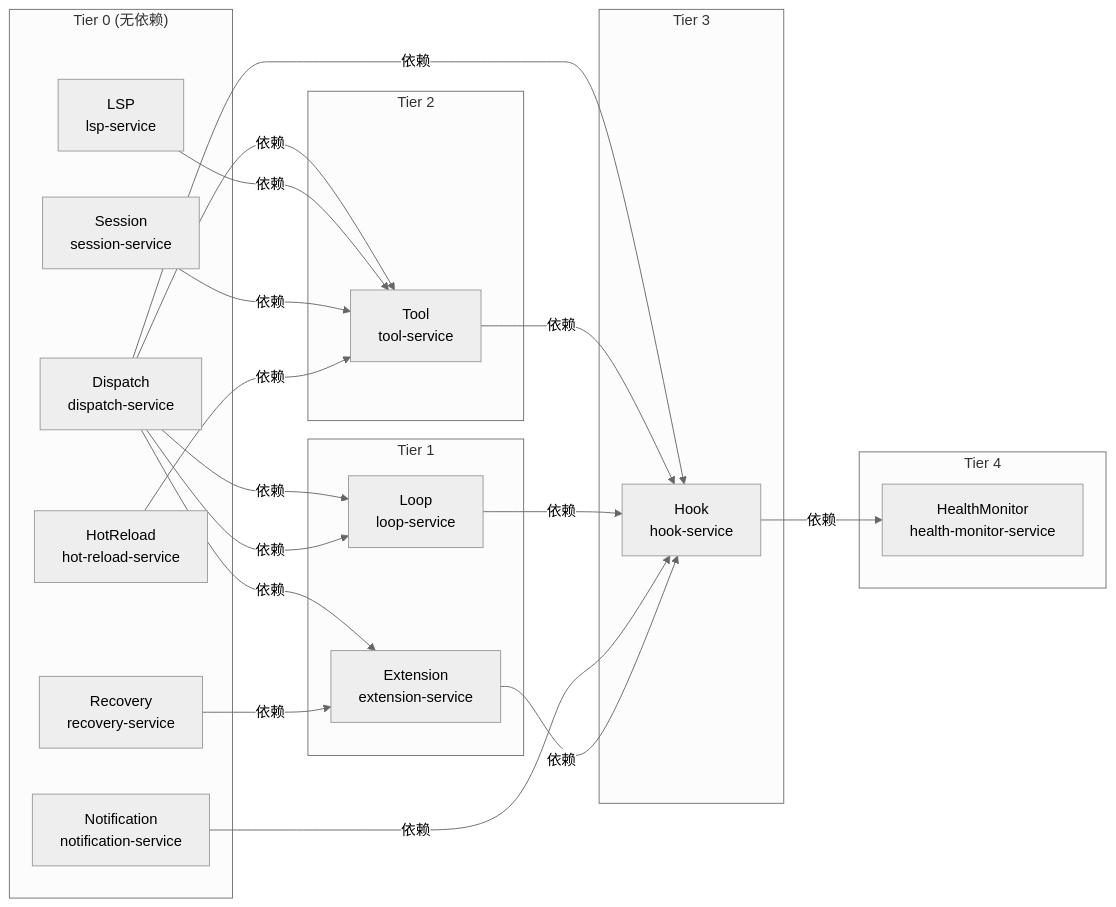
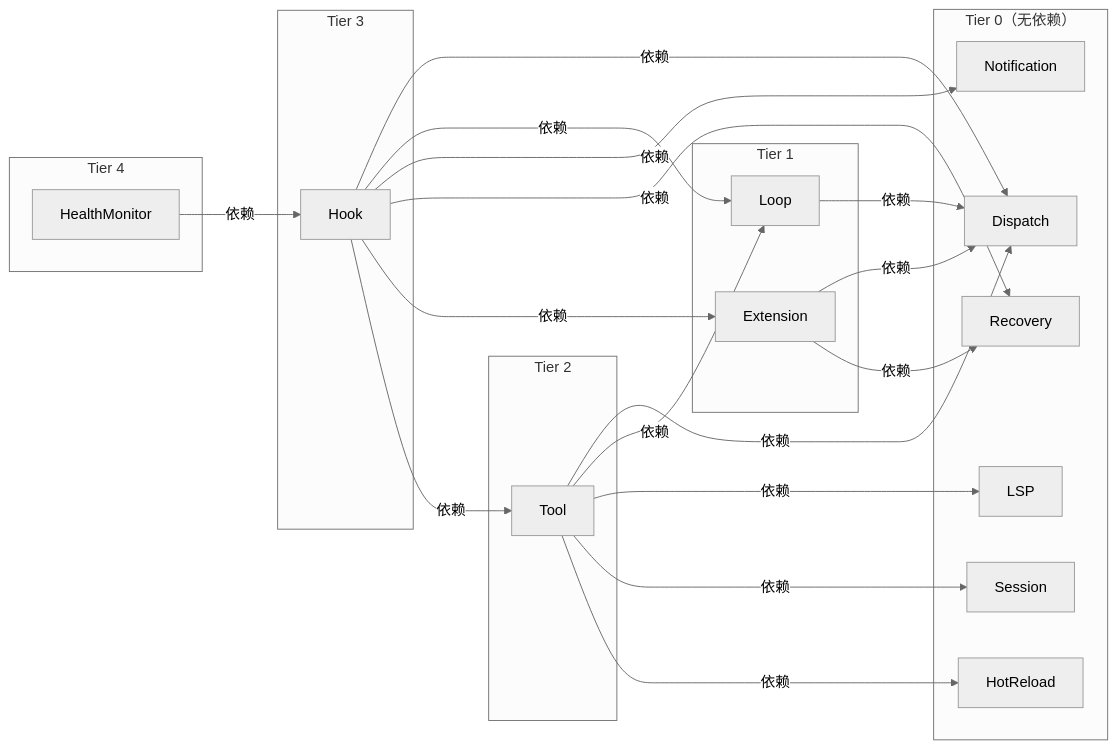
Before and after one commit to EricMoin/rolebox-docs: the second of 4 diagrams in docs/01-Overview/service-architecture.md, drawn with Mermaid (neutral theme). The commit also changed other lines of this file and 62 other files, not shown here.

````diff
--- a/docs/01-Overview/service-architecture.md
+++ b/docs/01-Overview/service-architecture.md
@@ -62,43 +75,44 @@
 ```mermaid
 graph LR
-    subgraph Tier0["Tier 0 (无依赖)"]
-        HR[HotReload<br/>hot-reload-service]
-        DS[Dispatch<br/>dispatch-service]
-        LSP[LSP<br/>lsp-service]
-        NS[Notification<br/>notification-service]
-        SSVC[Session<br/>session-service]
-        RS[Recovery<br/>recovery-service]
+    subgraph Tier0["Tier 0（无依赖）"]
+        HR[HotReload]
+        DS[Dispatch]
+        LSP[LSP]
+        NS[Notification]
+        SSVC[Session]
+        RS[Recovery]
     end
 
     subgraph Tier1["Tier 1"]
-        LS[Loop<br/>loop-service]
-        ES[Extension<br/>extension-service]
+        LS[Loop]
+        ES[Extension]
     end
 
     subgraph Tier2["Tier 2"]
-        TS[Tool<br/>tool-service]
+        TS[Tool]
     end
 
     subgraph Tier3["Tier 3"]
-        HS[Hook<br/>hook-service]
+        HS[Hook]
     end
 
     subgraph Tier4["Tier 4"]
-        HMS[HealthMonitor<br/>health-monitor-service]
+        HMS[HealthMonitor]
     end
 
-    DS -->|依赖| LS
-    DS -->|依赖| ES
-    DS -->|依赖| TS
-    DS -->|依赖| HS
-    LSP -->|依赖| TS
-    SSVC -->|依赖| TS
-    HR -->|依赖| TS
-    RS -->|依赖| ES
-    DS -->|依赖| LS
-    TS -->|依赖| HS
-    LS -->|依赖| HS
-    NS -->|依赖| HS
-    ES -->|依赖| HS
-    HS -->|依赖| HMS
+    LS -->|依赖| DS
+    ES -->|依赖| DS
+    ES -->|依赖| RS
+    TS -->|依赖| DS
+    TS -->|依赖| LS
+    TS -->|依赖| LSP
+    TS -->|依赖| SSVC
+    TS -->|依赖| HR
+    HS -->|依赖| DS
+    HS -->|依赖| LS
+    HS -->|依赖| NS
+    HS -->|依赖| RS
+    HS -->|依赖| ES
+    HS -->|依赖| TS
+    HMS -->|依赖| HS
 ```
````
